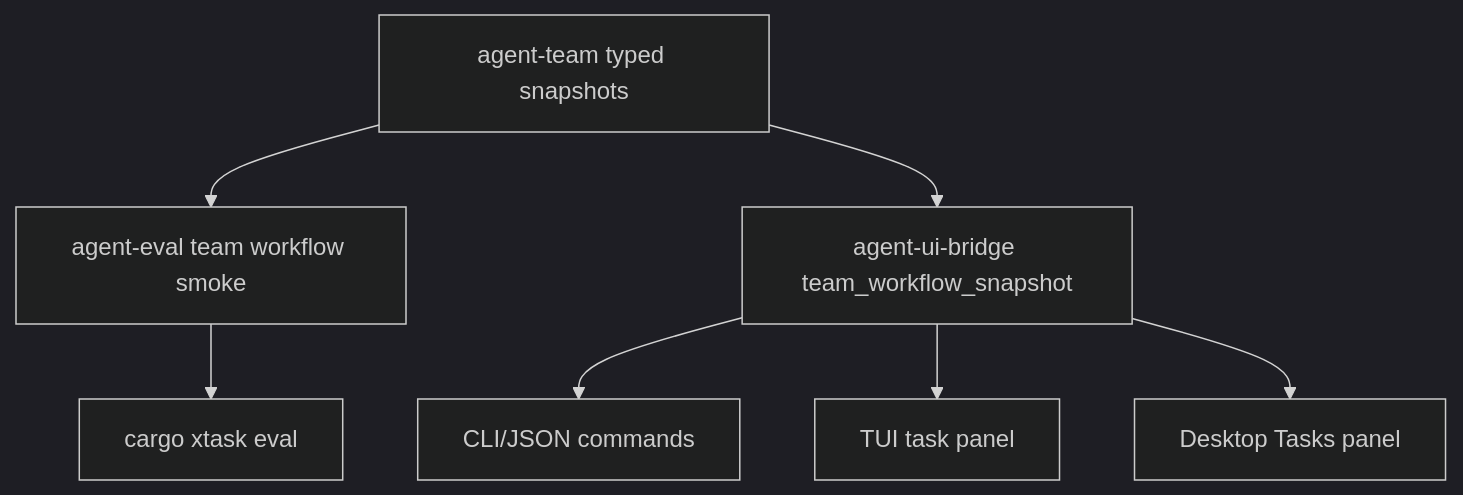
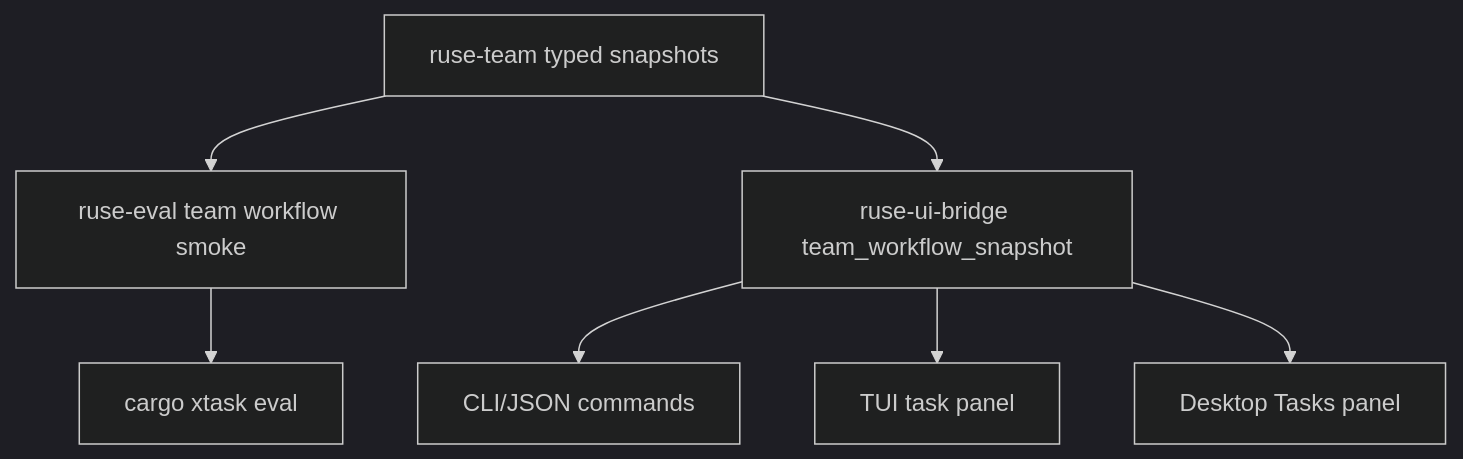
Before and after one commit to poneding/agent: the diagram in docs/specs/M63-05-team-workflow-smoke-closeout.spec.md, drawn with Mermaid (dark theme). The commit also changed other lines of this file and 2091 other files, not shown here.

First line of the commit message:
refactor: rename agent branding to ruse

````diff
--- a/docs/specs/M63-05-team-workflow-smoke-closeout.spec.md
+++ b/docs/specs/M63-05-team-workflow-smoke-closeout.spec.md
@@ -43,9 +43,9 @@
 ```mermaid
 flowchart TD
-  Team["agent-team typed snapshots"] --> Eval["agent-eval team workflow smoke"]
-  Team --> Bridge["agent-ui-bridge team_workflow_snapshot"]
+  Team["ruse-team typed snapshots"] --> Eval["ruse-eval team workflow smoke"]
+  Team --> Bridge["ruse-ui-bridge team_workflow_snapshot"]
   Bridge --> CLI["CLI/JSON commands"]
   Bridge --> TUI["TUI task panel"]
   Bridge --> Desktop["Desktop Tasks panel"]
   Eval --> Xtask["cargo xtask eval"]
 ```
````
